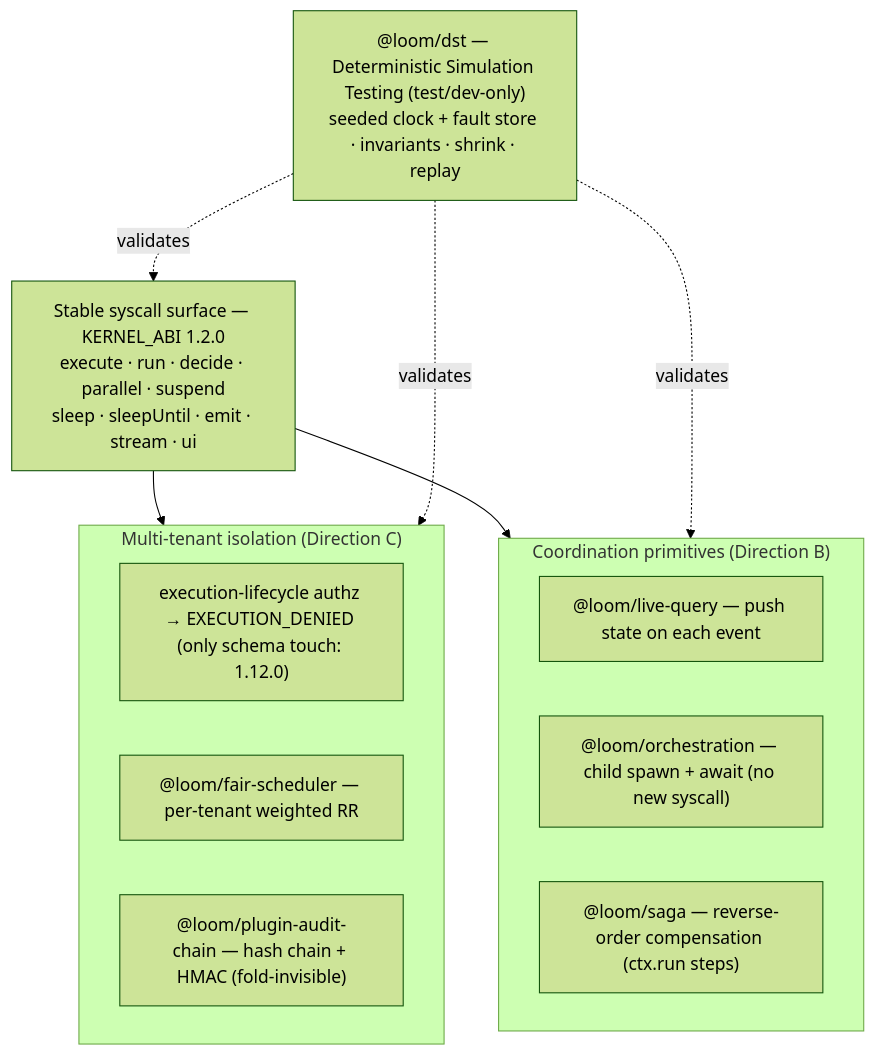
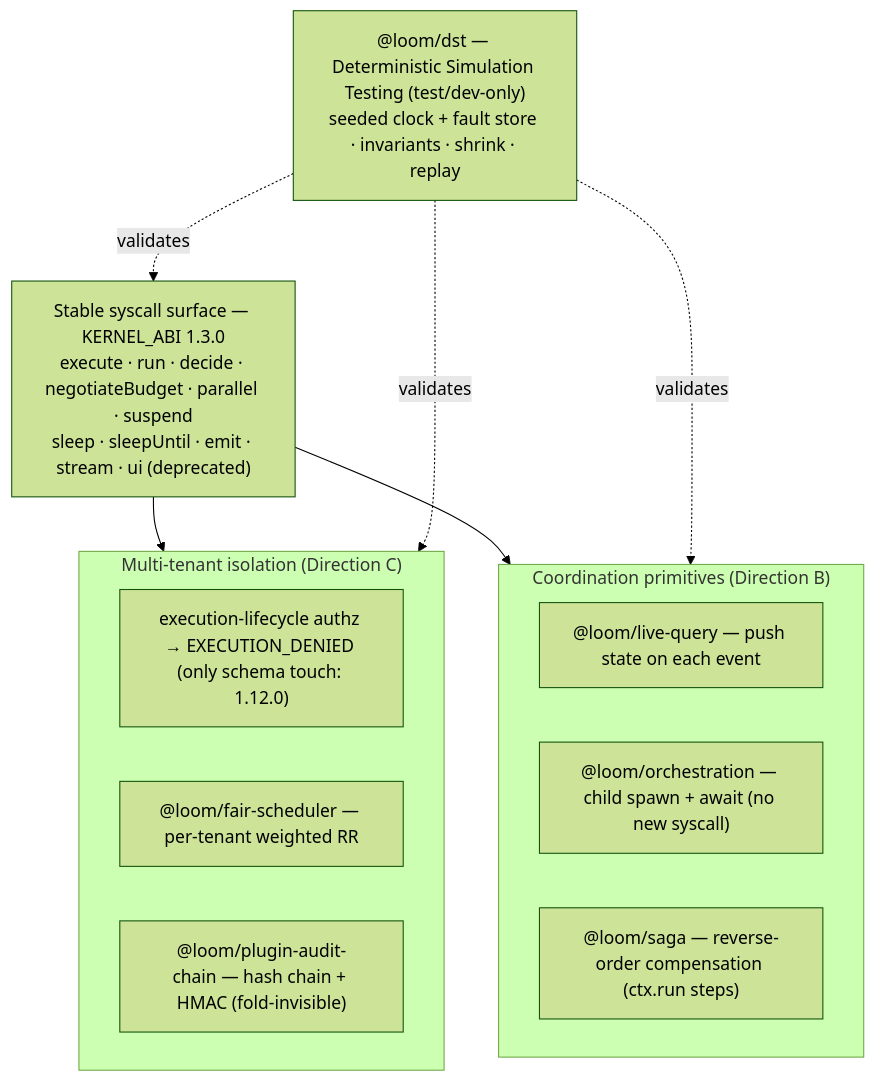
One commit to chhetrisushil/loom changed diagram 12 of 13 in docs/architecture.md. Above: the diagram before and after it, drawn with Mermaid (forest theme). The commit also changed other lines of this file and 51 other files, not shown here.

First line of the commit message:
feat(workflow-runtime,agent-surface,app,spec)!: ADR 0114 — ctx.ui leaves the kernel (R14)

````diff
--- a/docs/architecture.md
+++ b/docs/architecture.md
@@ -423,24 +423,24 @@
 ```mermaid
 flowchart TB
-  Sys["Stable syscall surface — KERNEL_ABI 1.2.0<br/>execute · run · decide · parallel · suspend<br/>sleep · sleepUntil · emit · stream · ui"]
+  Sys["Stable syscall surface — KERNEL_ABI 1.3.0<br/>execute · run · decide · negotiateBudget · parallel · suspend<br/>sleep · sleepUntil · emit · stream · ui (deprecated)"]
 
   subgraph Iso["Multi-tenant isolation (Direction C)"]
     AZ["execution-lifecycle authz → EXECUTION_DENIED (only schema touch: 1.12.0)"]
     FS["@loom/fair-scheduler — per-tenant weighted RR"]
     AC["@loom/plugin-audit-chain — hash chain + HMAC (fold-invisible)"]
   end
 
   subgraph Coord["Coordination primitives (Direction B)"]
     LQ["@loom/live-query — push state on each event"]
     OR["@loom/orchestration — child spawn + await (no new syscall)"]
     SG["@loom/saga — reverse-order compensation (ctx.run steps)"]
   end
 
   DST["@loom/dst — Deterministic Simulation Testing (test/dev-only)<br/>seeded clock + fault store · invariants · shrink · replay"]
 
   Sys --> Iso
   Sys --> Coord
   DST -.validates.-> Iso
   DST -.validates.-> Coord
   DST -.validates.-> Sys
 ```
````
